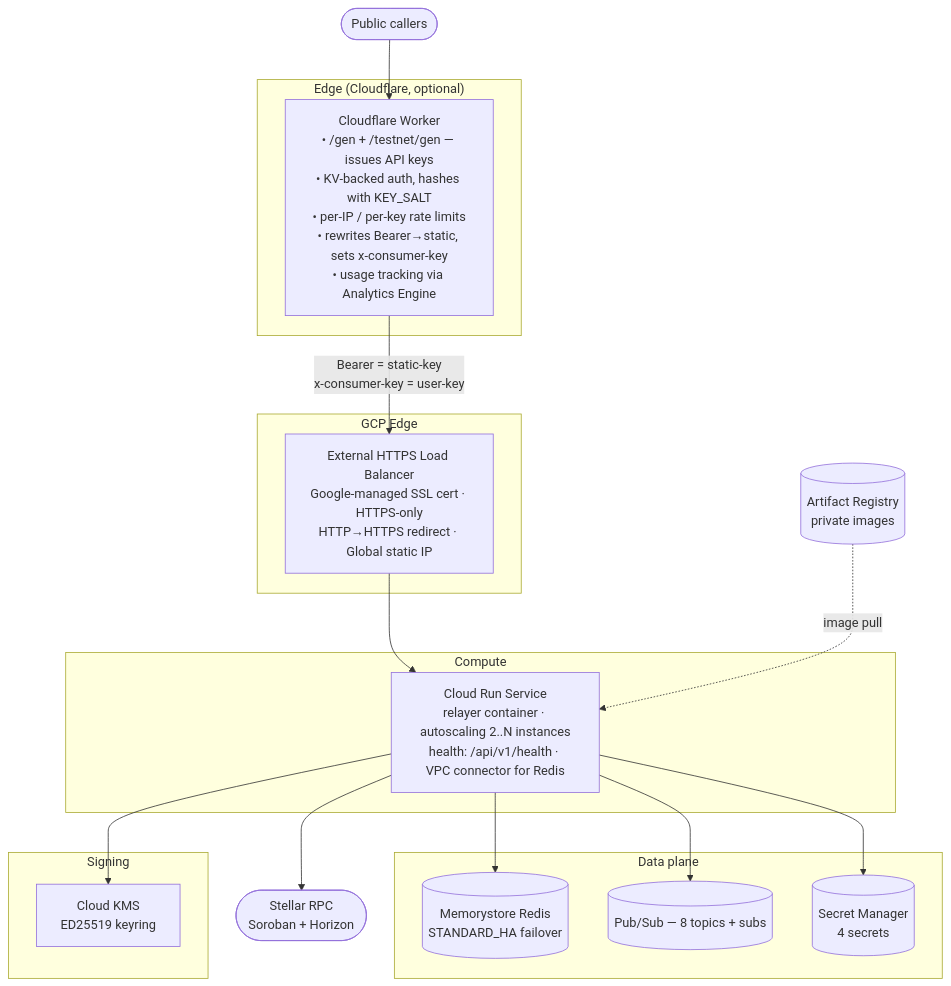
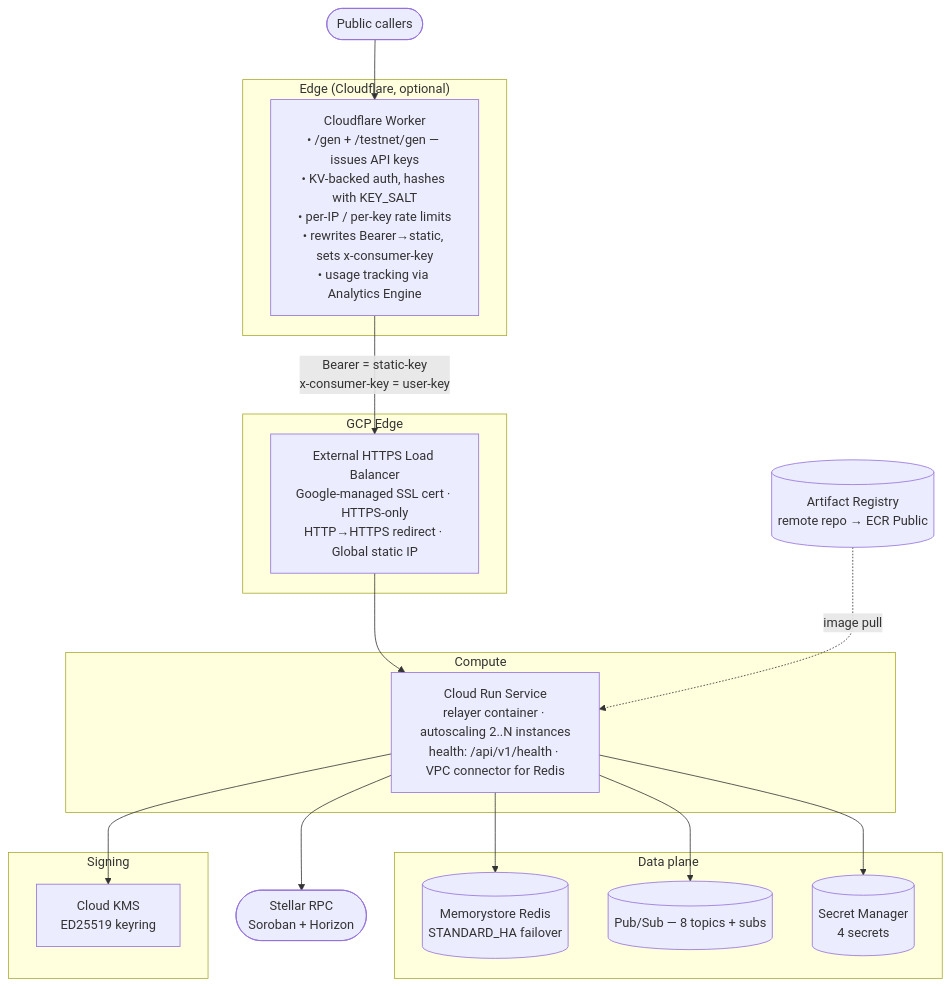
The first of 4 diagrams in modules/gcp/README.md (OpenZeppelin/relayer-channels-infra), drawn with Mermaid before and after one commit. The commit also changed other lines of this file, not shown here.

````diff
--- a/modules/gcp/README.md
+++ b/modules/gcp/README.md
@@ -9,39 +13,39 @@
 ```mermaid
 flowchart TD
     Callers([Public callers])
 
     subgraph Edge["Edge (Cloudflare, optional)"]
         Worker["Cloudflare Worker<br/>• /gen + /testnet/gen — issues API keys<br/>• KV-backed auth, hashes with KEY_SALT<br/>• per-IP / per-key rate limits<br/>• rewrites Bearer→static, sets x-consumer-key<br/>• usage tracking via Analytics Engine"]
     end
 
     subgraph GCPEdge["GCP Edge"]
         LB["External HTTPS Load Balancer<br/>Google-managed SSL cert · HTTPS-only<br/>HTTP→HTTPS redirect · Global static IP"]
     end
 
     subgraph Compute["Compute"]
         CloudRun["Cloud Run Service<br/>relayer container · autoscaling 2..N instances<br/>health: /api/v1/health · VPC connector for Redis"]
     end
 
     subgraph State["Data plane"]
         Redis[("Memorystore Redis<br/>STANDARD_HA failover")]
         PubSub[("Pub/Sub — 8 topics + subs")]
         Secrets[("Secret Manager<br/>4 secrets")]
     end
 
     subgraph Signing["Signing"]
         KMS["Cloud KMS<br/>ED25519 keyring"]
     end
 
     Stellar([Stellar RPC<br/>Soroban + Horizon])
-    GAR[(Artifact Registry<br/>private images)]
+    GAR[(Artifact Registry<br/>remote repo → ECR Public)]
 
     Callers --> Worker
     Worker -->|"Bearer = static-key<br/>x-consumer-key = user-key"| LB
     LB --> CloudRun
     CloudRun --> Redis
     CloudRun --> PubSub
     CloudRun --> Secrets
     CloudRun --> KMS
     CloudRun --> Stellar
     GAR -.->|image pull| CloudRun
 ```
````
